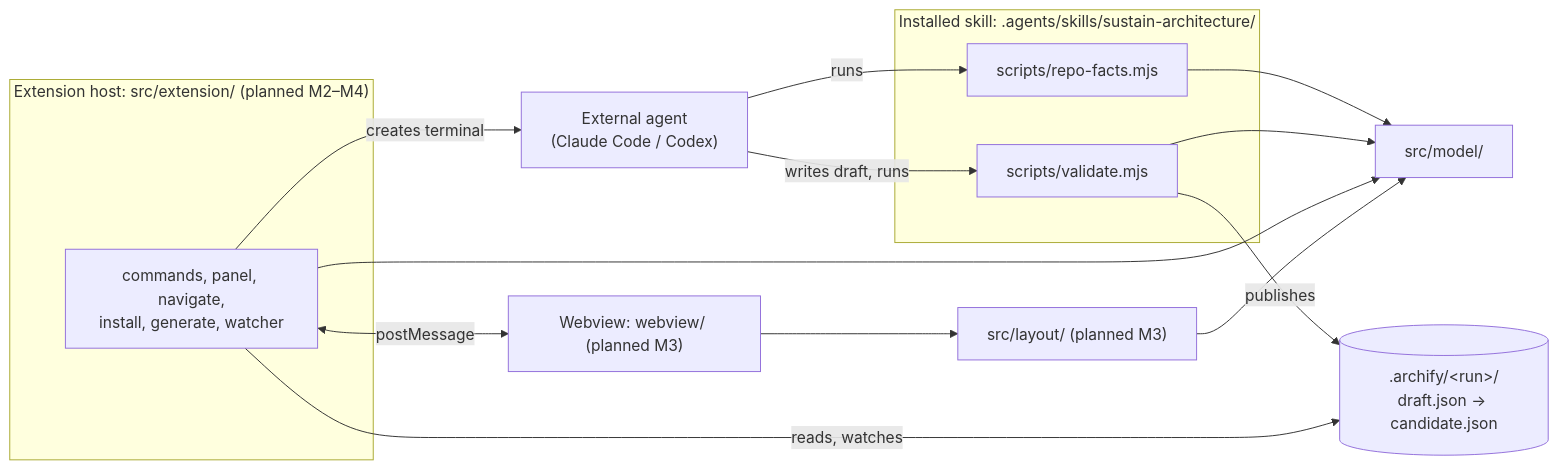
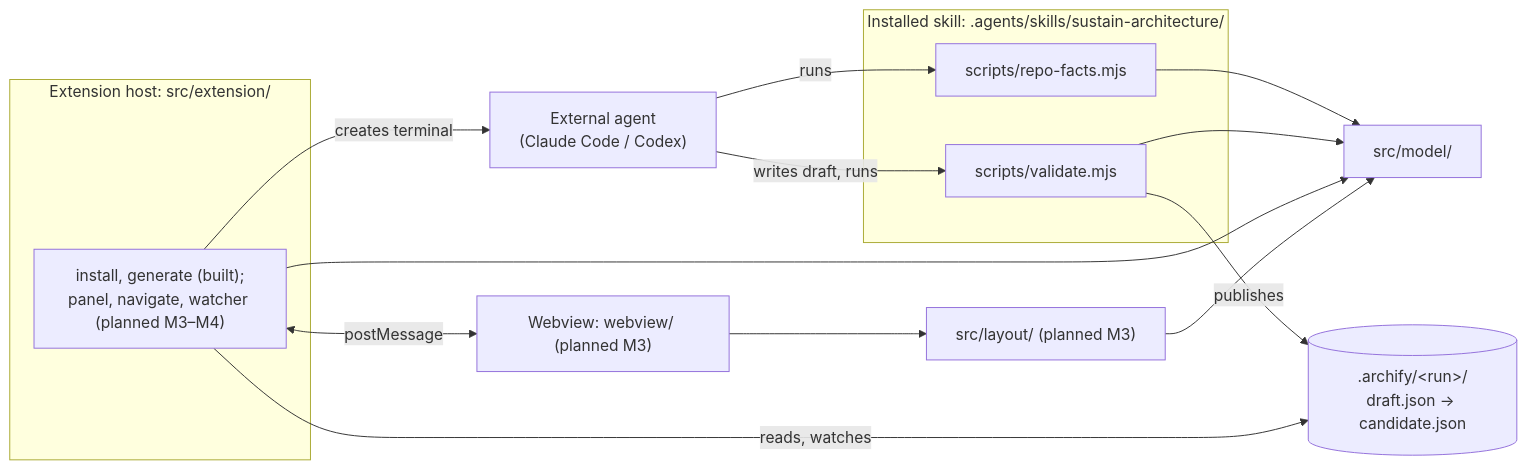
The first of 2 diagrams in docs/architecture.md (DennieDan/sustain), drawn with Mermaid before and after one commit. The commit also changed other lines of this file and 26 other files, not shown here.

Commit message:
M2: Skill, install, generate (FR-SKL-01..03, FR-WS-01, FR-INS-01, FR-GEN-01; ADR 0020-0021)

````diff
--- a/docs/architecture.md
+++ b/docs/architecture.md
@@ -9,27 +9,27 @@
 ```mermaid
 flowchart LR
   agent["External agent<br/>(Claude Code / Codex)"]
   subgraph skill["Installed skill: .agents/skills/sustain-architecture/"]
     rf["scripts/repo-facts.mjs"]
     val["scripts/validate.mjs"]
   end
-  subgraph ext["Extension host: src/extension/ (planned M2–M4)"]
-    host["commands, panel, navigate,<br/>install, generate, watcher"]
+  subgraph ext["Extension host: src/extension/"]
+    host["install, generate (built);<br/>panel, navigate, watcher (planned M3–M4)"]
   end
   web["Webview: webview/ (planned M3)"]
   model["src/model/"]
   layout["src/layout/ (planned M3)"]
   disk[(".archify/&lt;run&gt;/<br/>draft.json → candidate.json")]
 
   agent -- "runs" --> rf
   agent -- "writes draft, runs" --> val
   rf --> model
   val --> model
   val -- "publishes" --> disk
   host --> model
   host <-- "postMessage" --> web
   web --> layout
   layout --> model
   host -- "reads, watches" --> disk
   host -- "creates terminal" --> agent
 ```
````
